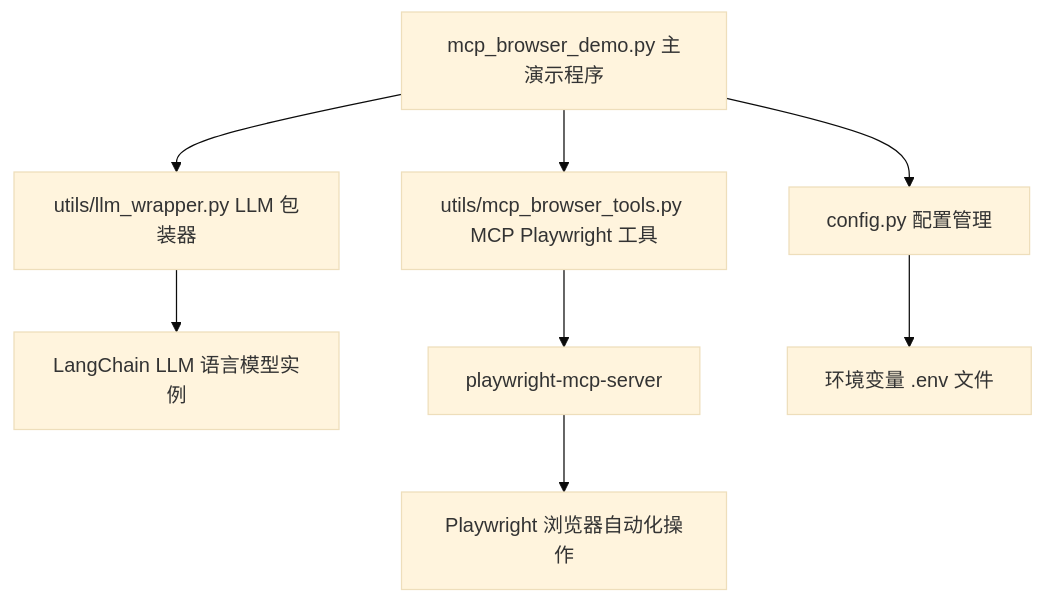
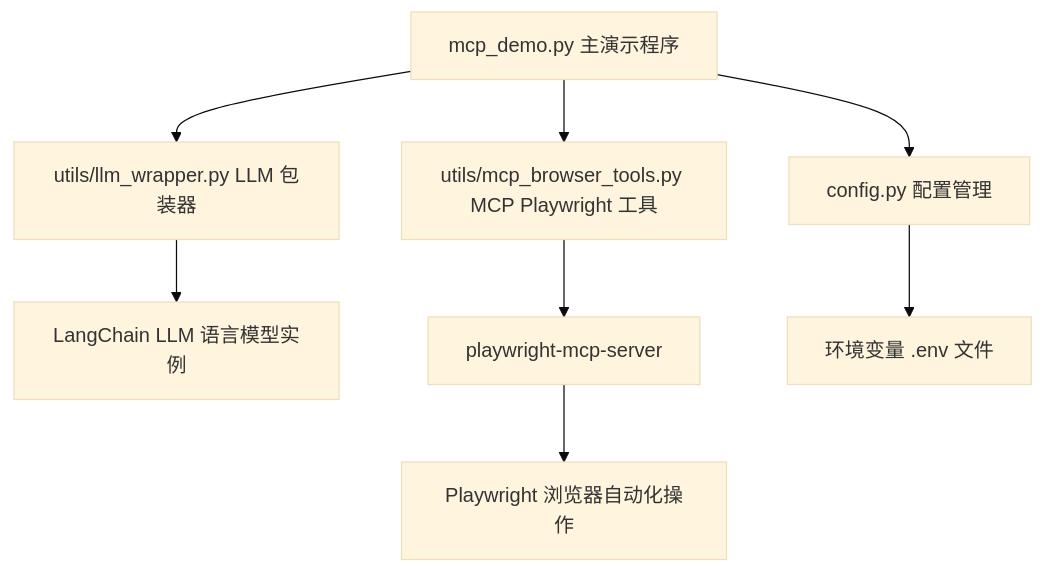
The diagram in README.md (fujinxiang/LangChain-MCP-Demo), drawn with Mermaid (base theme) before and after one commit. The commit also changed other lines of this file and 1 other file, not shown here.

````diff
--- a/README.md
+++ b/README.md
@@ -163,13 +82,13 @@
 ```mermaid
 graph TD
-    mcp_browser_demo[mcp_browser_demo.py 主演示程序] --> llm_wrapper[utils/llm_wrapper.py LLM 包装器]
-    mcp_browser_demo --> mcp_browser_tools[utils/mcp_browser_tools.py MCP Playwright 工具]
-    mcp_browser_demo --> config[config.py 配置管理]
+    mcp_demo[mcp_demo.py 主演示程序] --> llm_wrapper[utils/llm_wrapper.py LLM 包装器]
+    mcp_demo --> mcp_browser_tools[utils/mcp_browser_tools.py MCP Playwright 工具]
+    mcp_demo --> config[config.py 配置管理]
     
     llm_wrapper --> langchain_llm[LangChain LLM 语言模型实例]
     mcp_browser_tools --> mcp_server[playwright-mcp-server]
     
     config --> env_file[环境变量 .env 文件]
     
     mcp_server --> playwright_browser[Playwright 浏览器自动化操作]
 ```
````
